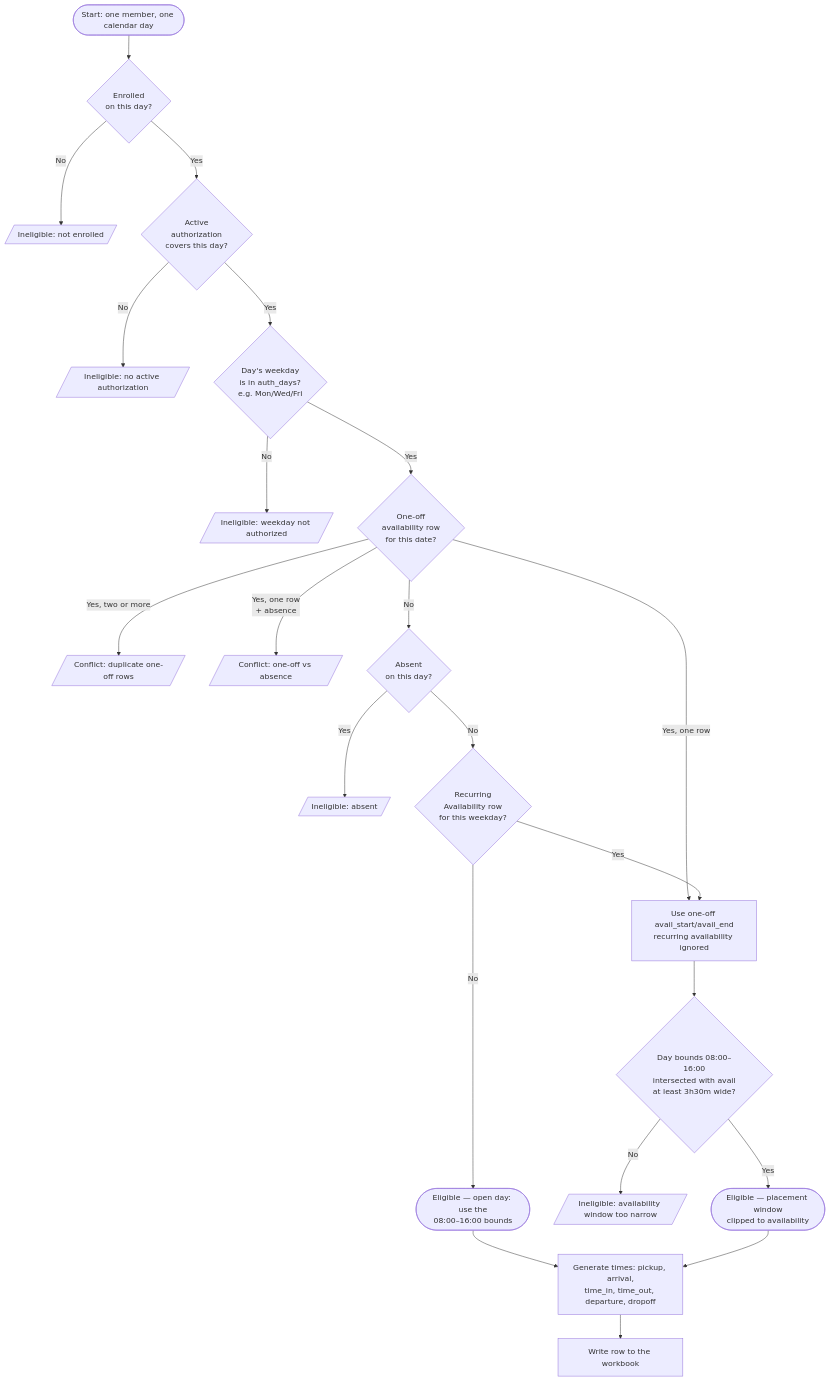
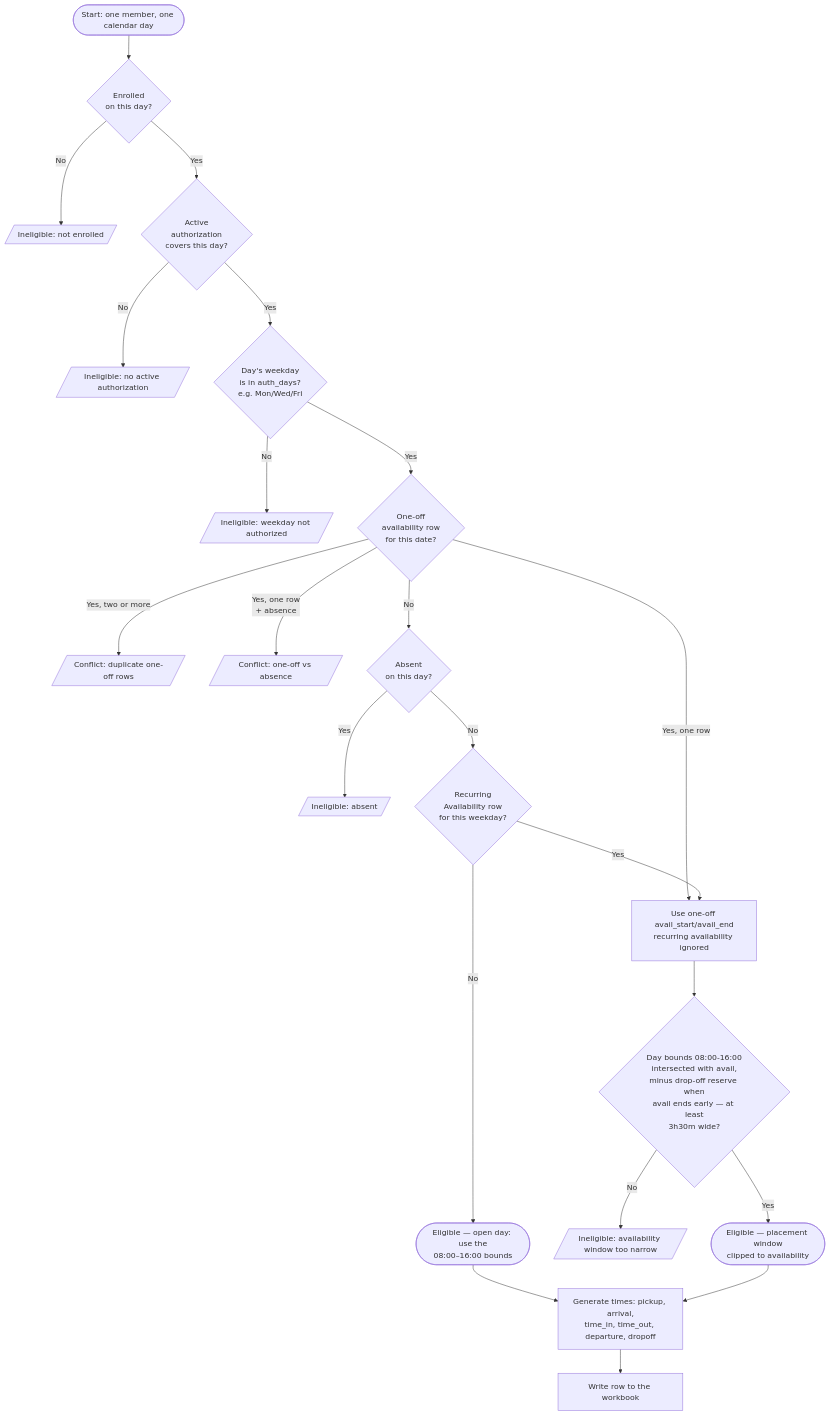
The diagram in docs/scheduling-flow.md (al1168/BSCA), drawn with Mermaid before and after one commit. The commit also changed other lines of this file and 1 other file, not shown here.

Commit message:
docs: document drop-off-by-avail-end rule and debug details

````diff
--- a/docs/scheduling-flow.md
+++ b/docs/scheduling-flow.md
@@ -14,25 +14,25 @@
 ```mermaid
 flowchart TD
     A([Start: one member, one calendar day]) --> B{Enrolled<br/>on this day?}
     B -- No --> X1[/Ineligible: not enrolled/]
     B -- Yes --> C{Active<br/>authorization<br/>covers this day?}
     C -- No --> X2[/Ineligible: no active authorization/]
     C -- Yes --> D{Day's weekday<br/>is in auth_days?<br/>e.g. Mon/Wed/Fri}
     D -- No --> X3[/Ineligible: weekday not authorized/]
     D -- Yes --> E{One-off<br/>availability row<br/>for this date?}
     E -- "Yes, two or more" --> X4[/Conflict: duplicate one-off rows/]
     E -- "Yes, one row<br/>+ absence" --> X5[/Conflict: one-off vs absence/]
     E -- "Yes, one row" --> H[Use one-off avail_start/avail_end<br/>recurring availability ignored]
     E -- No --> F{Absent<br/>on this day?}
     F -- Yes --> X6[/Ineligible: absent/]
     F -- No --> G{Recurring<br/>Availability row<br/>for this weekday?}
     G -- No --> Y1([Eligible — open day: use the<br/>08:00–16:00 bounds])
     G -- Yes --> H
-    H --> I{Day bounds 08:00–16:00<br/>intersected with avail<br/>at least 3h30m wide?}
+    H --> I{Day bounds 08:00-16:00<br/>intersected with avail,<br/>minus drop-off reserve when<br/>avail ends early — at least<br/>3h30m wide?}
     I -- No --> X7[/Ineligible: availability window too narrow/]
     I -- Yes --> Y2([Eligible — placement window<br/>clipped to availability])
 
     Y1 --> Z[Generate times: pickup, arrival,<br/>time_in, time_out, departure, dropoff]
     Y2 --> Z
     Z --> ZA[Write row to the workbook]
 ```
````
